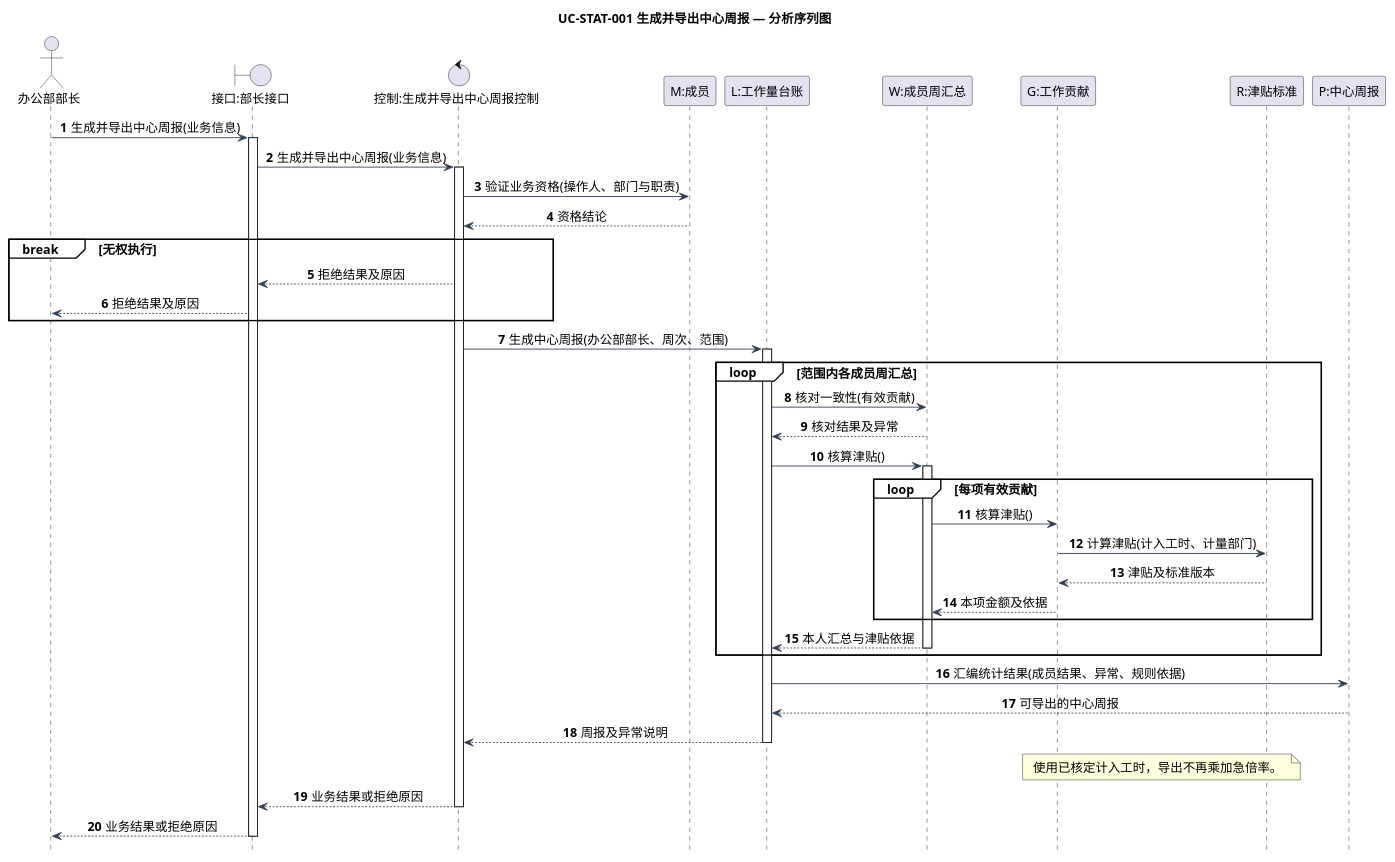
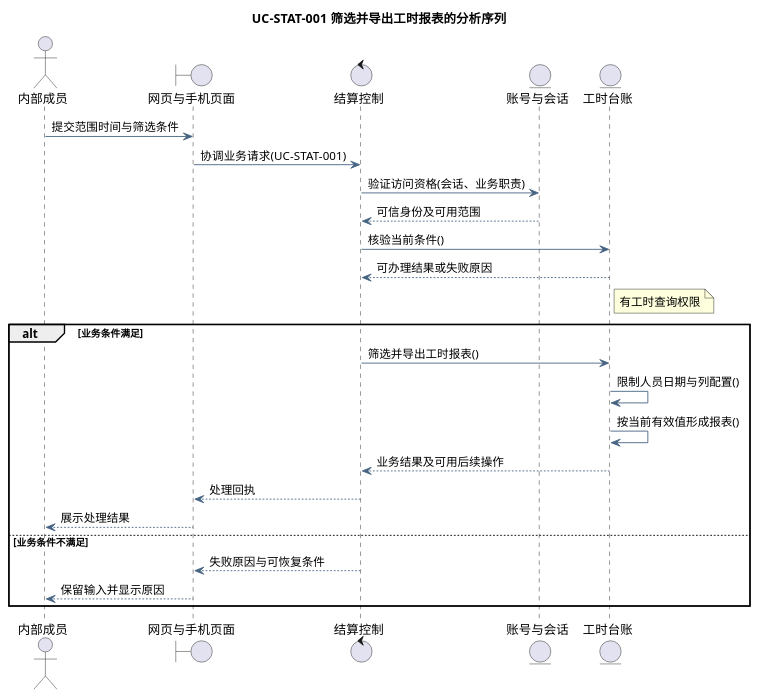
Before and after one commit to tccc1csu/miniprogram-csu: the diagram in docs/diagrams/analysis/seq-uc-stat-001.puml, drawn with PlantUML. The commit also changed 376 other files, not shown here.

Commit message:
docs: align course UML and engineering documents with unified workbench

```diff
--- a/docs/diagrams/analysis/seq-uc-stat-001.puml
+++ b/docs/diagrams/analysis/seq-uc-stat-001.puml
@@ -1,63 +1,35 @@
 @startuml
-title UC-STAT-001 生成并导出中心周报 — 分析序列图
 skinparam defaultFontName Microsoft YaHei
-skinparam defaultFontSize 14
 skinparam shadowing false
-skinparam backgroundColor white
+skinparam backgroundColor #FFFFFF
+skinparam ArrowColor #466482
 skinparam classAttributeIconSize 0
-skinparam classBackgroundColor #F5FAFF
-skinparam classBorderColor #46637F
-skinparam ArrowColor #334155
-skinparam nodesep 35
-skinparam ranksep 45
-hide footbox
-autonumber
-skinparam sequenceMessageAlign center
-skinparam sequenceGroupBackgroundColor white
-actor "办公部部长" as A
-boundary "接口:部长接口" as B
-control "控制:生成并导出中心周报控制" as C
-participant "M:成员" as M
-participant "L:工作量台账" as L
-participant "W:成员周汇总" as W
-participant "G:工作贡献" as G
-participant "R:津贴标准" as R
-participant "P:中心周报" as P
-A -> B: 生成并导出中心周报(业务信息)
-activate B
-B -> C: 生成并导出中心周报(业务信息)
-activate C
-C -> M: 验证业务资格(操作人、部门与职责)
-M --> C: 资格结论
-break 无权执行
-  C --> B: 拒绝结果及原因
-  B --> A: 拒绝结果及原因
+hide empty members
+title UC-STAT-001 筛选并导出工时报表的分析序列
+actor "内部成员" as actor
+boundary "网页与手机页面" as page
+control "结算控制" as ctl
+entity "账号与会话" as identity
+entity "工时台账" as model
+actor -> page : 提交范围时间与筛选条件
+page -> ctl : 协调业务请求(UC-STAT-001)
+ctl -> identity : 验证访问资格(会话、业务职责)
+identity --> ctl : 可信身份及可用范围
+ctl -> model : 核验当前条件()
+model --> ctl : 可办理结果或失败原因
+note right of model
+有工时查询权限
+end note
+alt 业务条件满足
+ctl -> model : 筛选并导出工时报表()
+model -> model : 限制人员日期与列配置()
+model -> model : 按当前有效值形成报表()
+model --> ctl : 业务结果及可用后续操作
+ctl --> page : 处理回执
+page --> actor : 展示处理结果
+else 业务条件不满足
+ctl --> page : 失败原因与可恢复条件
+page --> actor : 保留输入并显示原因
 end
 
-C -> L: 生成中心周报(办公部部长、周次、范围)
-activate L
-loop 范围内各成员周汇总
-  L -> W: 核对一致性(有效贡献)
-  W --> L: 核对结果及异常
-  L -> W: 核算津贴()
-  activate W
-  loop 每项有效贡献
-    W -> G: 核算津贴()
-    G -> R: 计算津贴(计入工时、计量部门)
-    R --> G: 津贴及标准版本
-    G --> W: 本项金额及依据
-  end
-  W --> L: 本人汇总与津贴依据
-  deactivate W
-end
-L -> P: 汇编统计结果(成员结果、异常、规则依据)
-P --> L: 可导出的中心周报
-L --> C: 周报及异常说明
-deactivate L
-note over G,R: 使用已核定计入工时，导出不再乘加急倍率。
-
-C --> B: 业务结果或拒绝原因
-deactivate C
-B --> A: 业务结果或拒绝原因
-deactivate B
 @enduml
```
